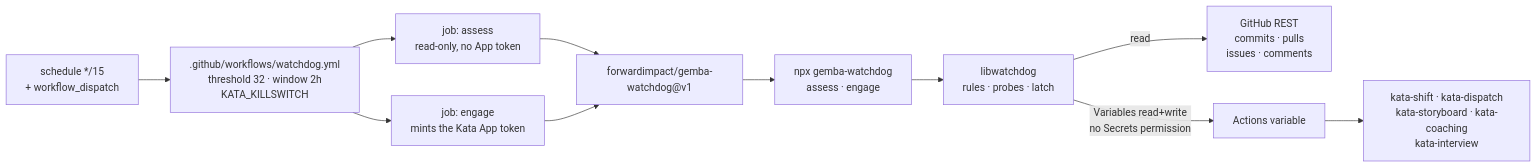
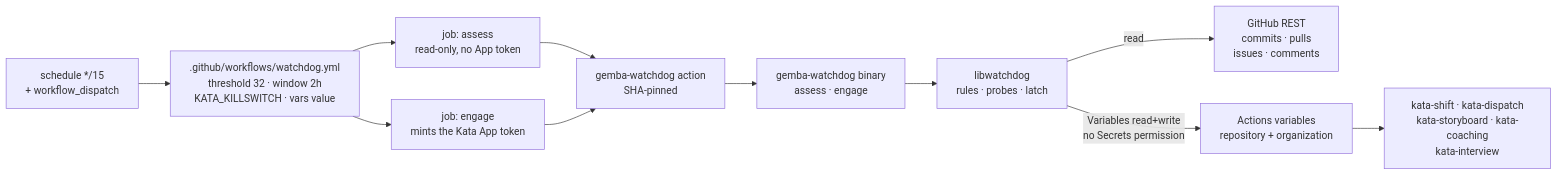
One commit to forwardimpact/monorepo changed the first of 2 diagrams in specs/2330-kata-watchdog-workflow/design-a.md. Above: the diagram before and after it, drawn with Mermaid. The commit also changed other lines of this file and 1 other file, not shown here.

First line of the commit message:
design(2330): address the review panel on the watchdog design

````diff
--- a/specs/2330-kata-watchdog-workflow/design-a.md
+++ b/specs/2330-kata-watchdog-workflow/design-a.md
@@ -16,13 +13,13 @@
 ```mermaid
 graph LR
-    CR["schedule */15<br/>+ workflow_dispatch"] --> WF[".github/workflows/watchdog.yml<br/>threshold 32 · window 2h<br/>KATA_KILLSWITCH"]
+    CR["schedule */15<br/>+ workflow_dispatch"] --> WF[".github/workflows/watchdog.yml<br/>threshold 32 · window 2h<br/>KATA_KILLSWITCH · vars value"]
     WF --> AS["job: assess<br/>read-only, no App token"]
     WF --> EN["job: engage<br/>mints the Kata App token"]
-    AS --> ACT["forwardimpact/gemba-watchdog@v1"]
+    AS --> ACT["gemba-watchdog action<br/>SHA-pinned"]
     EN --> ACT
-    ACT --> CLI["npx gemba-watchdog<br/>assess · engage"]
+    ACT --> CLI["gemba-watchdog binary<br/>assess · engage"]
     CLI --> LIB["libwatchdog<br/>rules · probes · latch"]
     LIB -->|"read"| API["GitHub REST<br/>commits · pulls<br/>issues · comments"]
-    LIB -->|"Variables read+write<br/>no Secrets permission"| KS["Actions variable"]
+    LIB -->|"Variables read+write<br/>no Secrets permission"| KS["Actions variables<br/>repository + organization"]
     KS --> KW["kata-shift · kata-dispatch<br/>kata-storyboard · kata-coaching<br/>kata-interview"]
 ```
````
